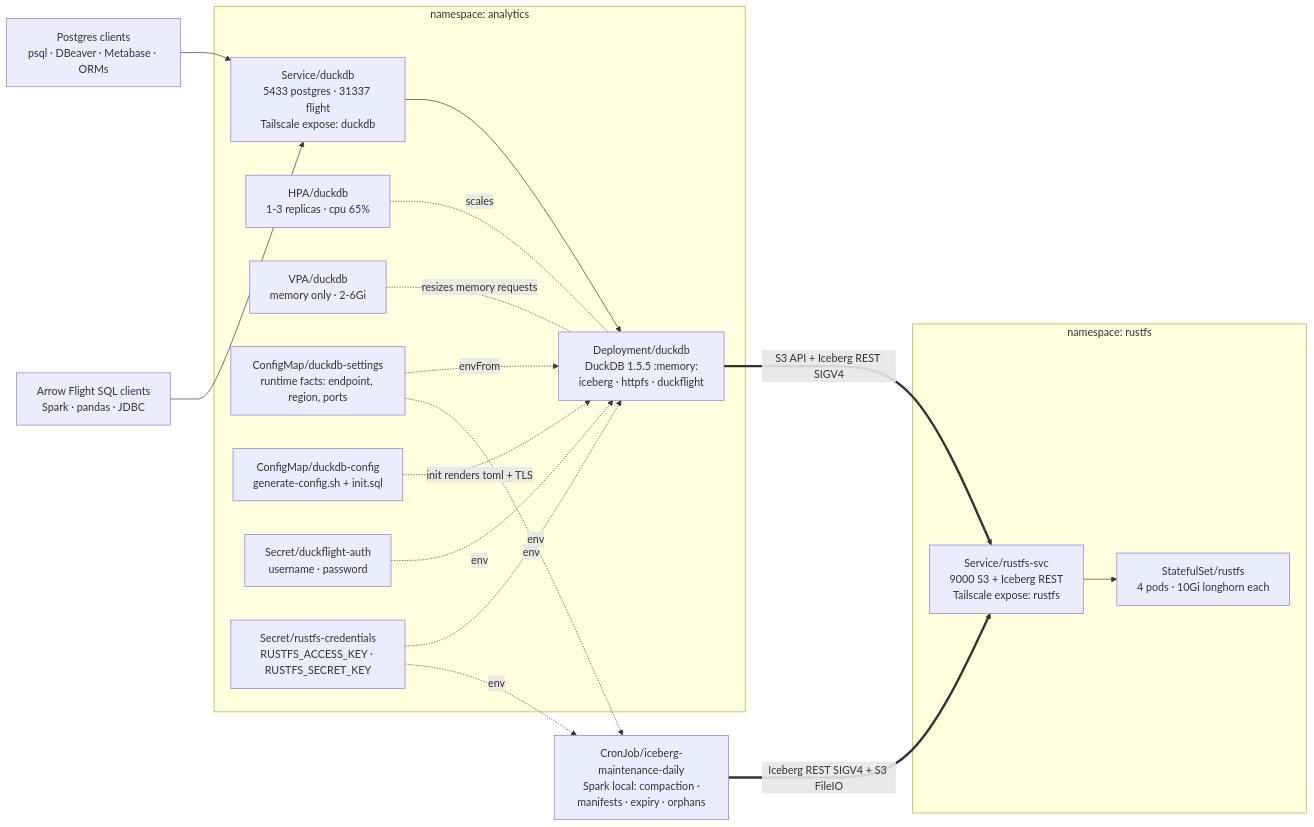
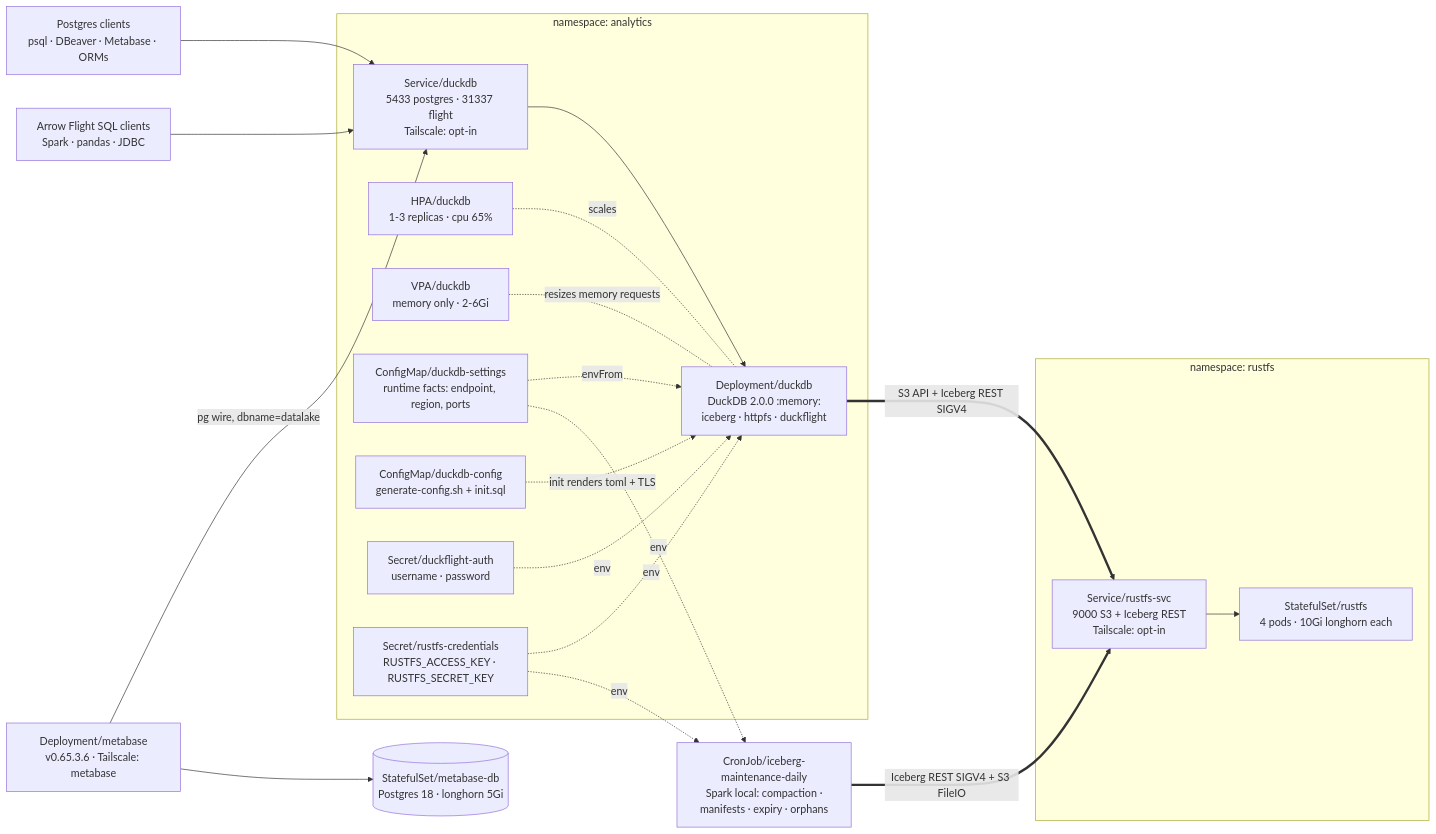
The first of 3 diagrams in README.md (daun-gatal/analytics), drawn with Mermaid before and after one commit. The commit also changed other lines of this file and 14 other files, not shown here.

````diff
--- a/README.md
+++ b/README.md
@@ -35,37 +37,39 @@
 ```mermaid
 flowchart LR
     PG["Postgres clients<br/>psql · DBeaver · Metabase · ORMs"]
     FS["Arrow Flight SQL clients<br/>Spark · pandas · JDBC"]
 
     subgraph ANALYTICS["namespace: analytics"]
-        SVC["Service/duckdb<br/>5433 postgres · 31337 flight<br/>Tailscale expose: duckdb"]
-        DUCK["Deployment/duckdb<br/>DuckDB 1.5.5 :memory:<br/>iceberg · httpfs · duckflight"]
+        SVC["Service/duckdb<br/>5433 postgres · 31337 flight<br/>Tailscale: opt-in"]
+        DUCK["Deployment/duckdb<br/>DuckDB 2.0.0 :memory:<br/>iceberg · httpfs · duckflight"]
         HPA["HPA/duckdb<br/>1-3 replicas · cpu 65%"]
         VPA["VPA/duckdb<br/>memory only · 2-6Gi"]
         SETTINGS["ConfigMap/duckdb-settings<br/>runtime facts: endpoint, region, ports"]
         CFG["ConfigMap/duckdb-config<br/>generate-config.sh + init.sql"]
         AUTH["Secret/duckflight-auth<br/>username · password"]
         CREDS["Secret/rustfs-credentials<br/>RUSTFS_ACCESS_KEY · RUSTFS_SECRET_KEY"]
     end
 
     subgraph RUSTFS["namespace: rustfs"]
-        RSVC["Service/rustfs-svc<br/>9000 S3 + Iceberg REST<br/>Tailscale expose: rustfs"]
+        RSVC["Service/rustfs-svc<br/>9000 S3 + Iceberg REST<br/>Tailscale: opt-in"]
         STS["StatefulSet/rustfs<br/>4 pods · 10Gi longhorn each"]
     end
 
     PG --> SVC
+    MB["Deployment/metabase<br/>v0.65.3.6 · Tailscale: metabase"] -- "pg wire, dbname=datalake" --> SVC
+    MB --> MBDB[("StatefulSet/metabase-db<br/>Postgres 18 · longhorn 5Gi")]
     FS --> SVC
     SVC --> DUCK
     HPA -. scales .- DUCK
     VPA -. resizes memory requests .- DUCK
     SETTINGS -. envFrom .-> DUCK
     CFG -. init renders toml + TLS .-> DUCK
     AUTH -. env .-> DUCK
     CREDS -. env .-> DUCK
     DUCK == "S3 API + Iceberg REST SIGV4" ==> RSVC
     MAINT["CronJob/iceberg-maintenance-daily<br/>Spark local: compaction ·<br/>manifests · expiry · orphans"]
     CREDS -. env .-> MAINT
     SETTINGS -. env .-> MAINT
     MAINT == "Iceberg REST SIGV4 + S3 FileIO" ==> RSVC
     RSVC --> STS
 ```
````
